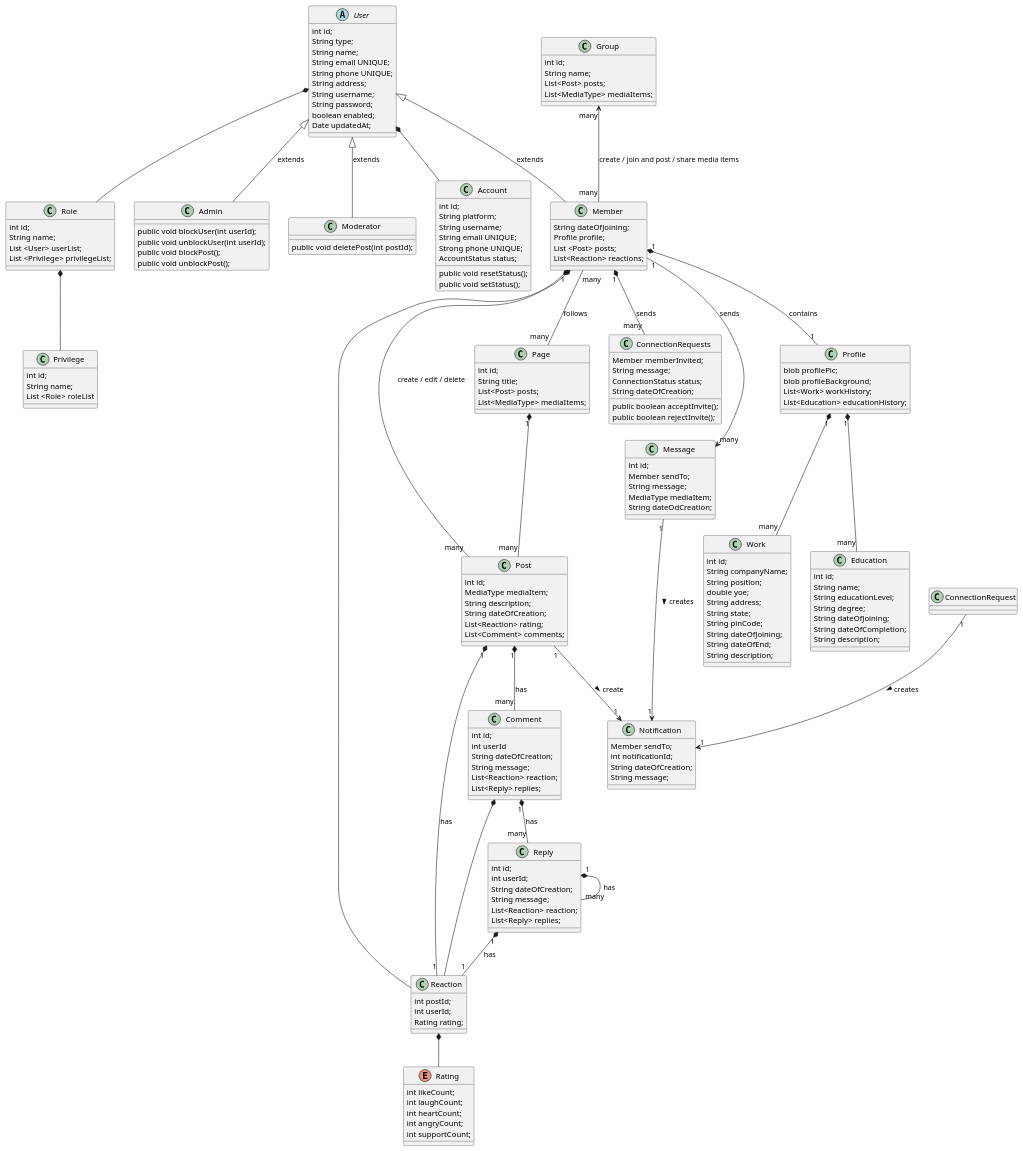
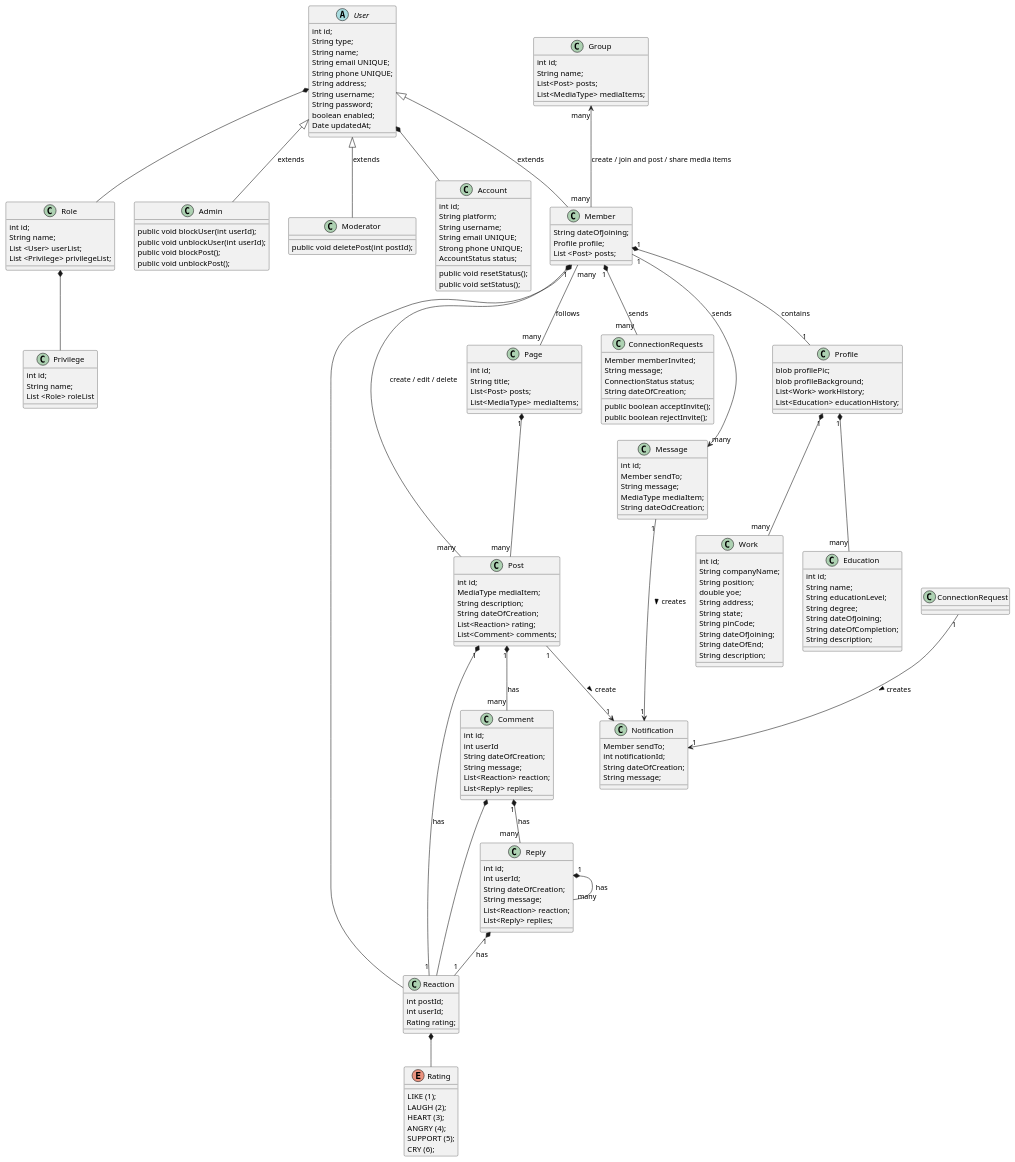
One commit to porcelainruler/Spring-Social changed the diagram in src/main/java/Spring-Network-ClassDiagram.puml. Above: the diagram before and after it, drawn with PlantUML. The commit also changed 10 other files, not shown here.

```diff
--- a/src/main/java/Spring-Network-ClassDiagram.puml
+++ b/src/main/java/Spring-Network-ClassDiagram.puml
@@ -49,7 +49,7 @@
     String dateOfJoining;
     Profile profile;
     List <Post> posts;
-    List<Reaction> reactions;
+'    List<Reaction> reactions;
 }
 
 class Profile {
@@ -97,11 +97,12 @@
 }
 
 enum Rating {
-    int likeCount;
-    int laughCount;
-    int heartCount;
-    int angryCount;
-    int supportCount;
+    LIKE (1);
+    LAUGH (2);
+    HEART (3);
+    ANGRY (4);
+    SUPPORT (5);
+    CRY (6);
 }
 
 class Reaction {
```
